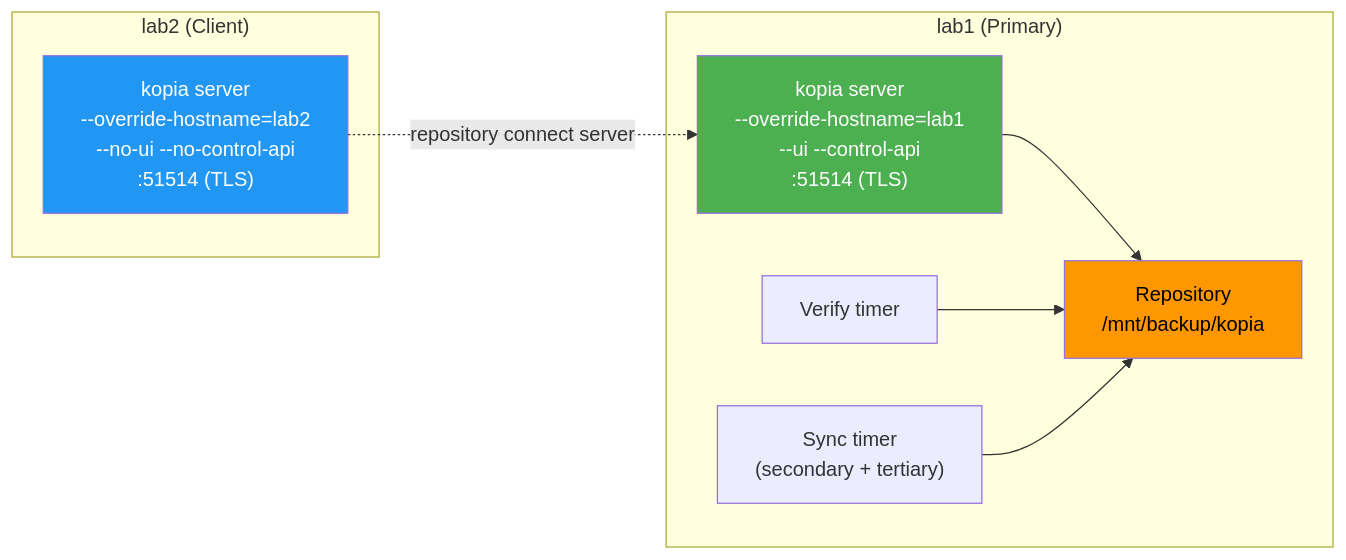
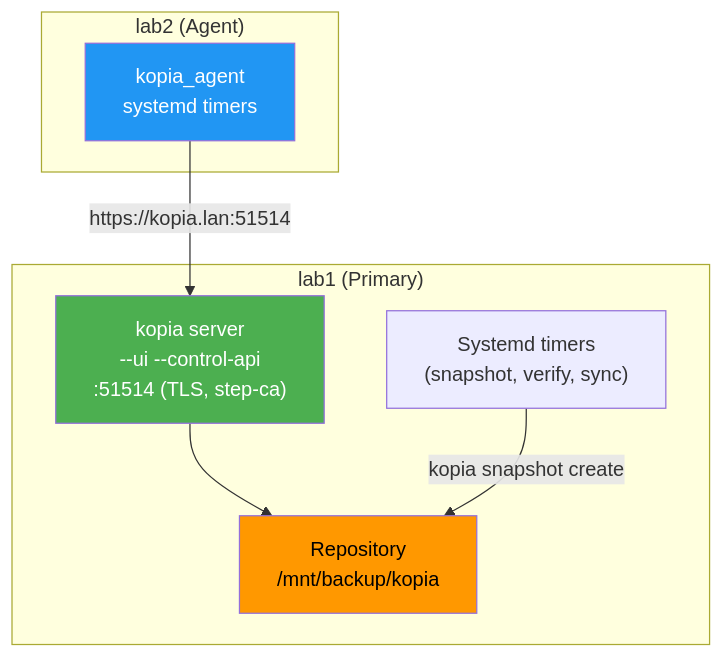
Before and after one commit to mktums/homelab-ansible: the diagram in docs/plans/012-migrate-kopia-to-native.md, drawn with Mermaid. The commit also changed other lines of this file and 241 other files, not shown here.

First line of the commit message:
refactor: restructures roles into layer model, migrates kopia server to native binary

````diff
--- a/docs/plans/012-migrate-kopia-to-native.md
+++ b/docs/plans/012-migrate-kopia-to-native.md
@@ -16,21 +14,19 @@
 ```mermaid
-graph LR
+graph TB
     subgraph lab1["lab1 (Primary)"]
-        S1["kopia server\n--override-hostname=lab1\n--ui --control-api\n:51514 (TLS)"]
+        S["kopia server\n--ui --control-api\n:51514 (TLS, step-ca)"]
         R["Repository\n/mnt/backup/kopia"]
-        V["Verify timer"]
-        X["Sync timer\n(secondary + tertiary)"]
-        S1 --> R
-        V --> R
-        X --> R
+        T["Systemd timers\n(snapshot, verify, sync)"]
+        S --> R
+        T -->|"kopia snapshot create"| R
     end
 
-    subgraph lab2["lab2 (Client)"]
-        S2["kopia server\n--override-hostname=lab2\n--no-ui --no-control-api\n:51514 (TLS)"]
-        S2 -.->|"repository connect server"| S1
+    subgraph lab2["lab2 (Agent)"]
+        A["kopia_agent\nsystemd timers"]
+        A -->|"https://kopia.lan:51514"| S
     end
 
-    style S1 fill:#4CAF50,color:#fff
-    style S2 fill:#2196F3,color:#fff
+    style S fill:#4CAF50,color:#fff
+    style A fill:#2196F3,color:#fff
     style R fill:#FF9800,color:#000
 ```
````
